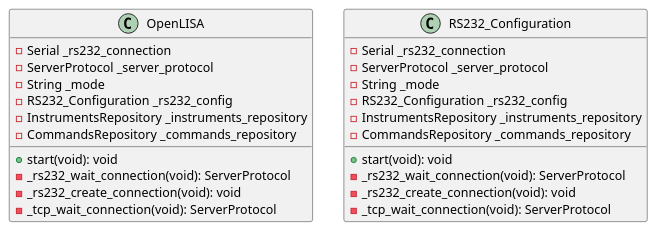
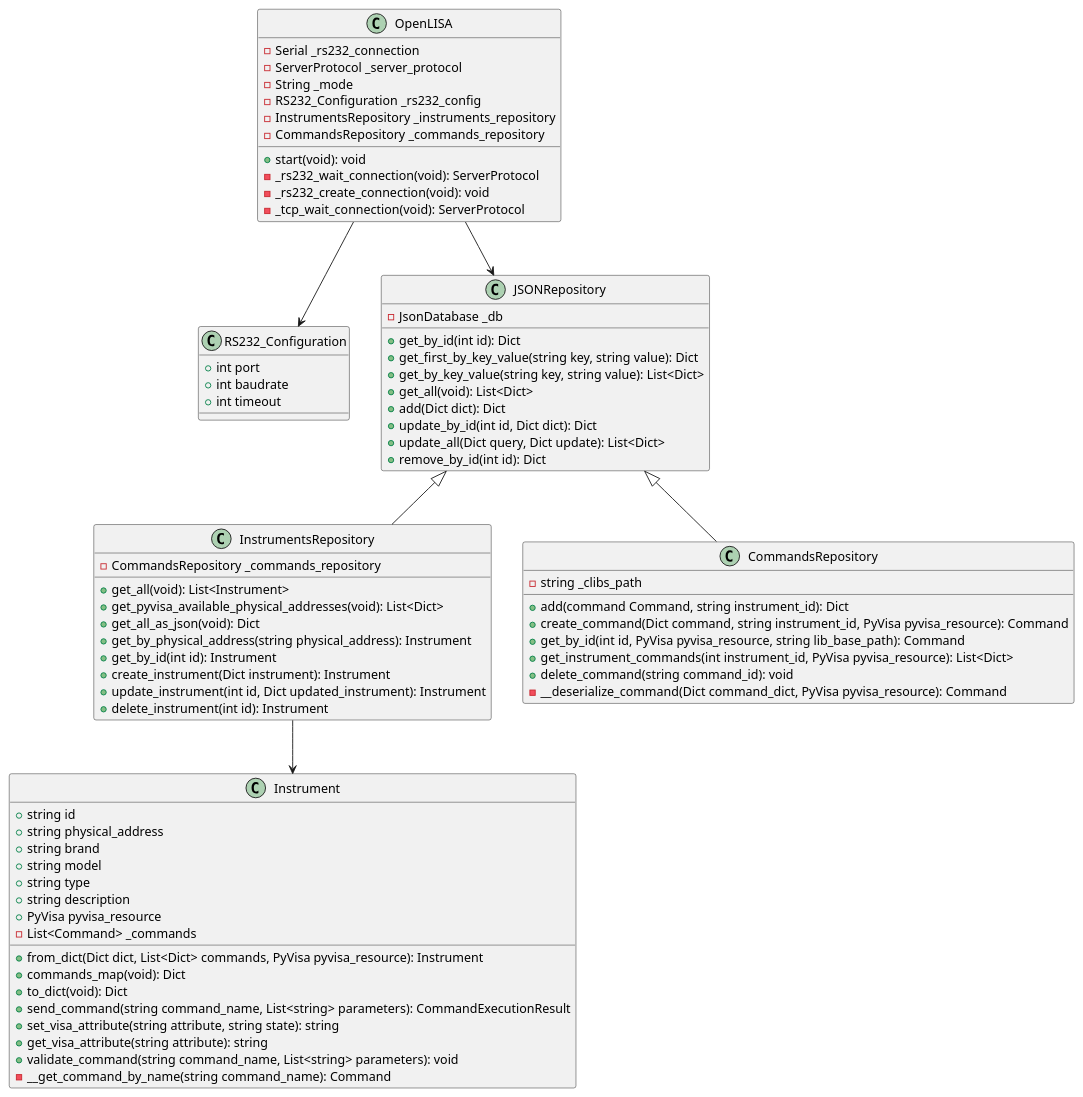
One commit to open-lisa/Open-LISA-Server changed the diagram in docs/diagrams/class_diagram_open_lisa.puml. Above: the diagram before and after it, drawn with PlantUML. The commit also changed 3 other files, not shown here.

Commit message:
finish class diagrams

```diff
--- a/docs/diagrams/class_diagram_open_lisa.puml
+++ b/docs/diagrams/class_diagram_open_lisa.puml
@@ -1,31 +1,86 @@
 @startuml
 
 class OpenLISA {
   - Serial _rs232_connection
   - ServerProtocol _server_protocol
   - String _mode
   - RS232_Configuration _rs232_config
   - InstrumentsRepository _instruments_repository
   - CommandsRepository _commands_repository
 
   + start(void): void
   - _rs232_wait_connection(void): ServerProtocol
   - _rs232_create_connection(void): void
   - _tcp_wait_connection(void): ServerProtocol
 }
 
 class RS232_Configuration {
-  - Serial _rs232_connection
-  - ServerProtocol _server_protocol
-  - String _mode
-  - RS232_Configuration _rs232_config
-  - InstrumentsRepository _instruments_repository
+  + int port
+  + int baudrate
+  + int timeout
+}
+
+class JSONRepository {
+  - JsonDatabase _db
+
+  + get_by_id(int id): Dict
+  + get_first_by_key_value(string key, string value): Dict
+  + get_by_key_value(string key, string value): List<Dict>
+  + get_all(void): List<Dict>
+  + add(Dict dict): Dict
+  + update_by_id(int id, Dict dict): Dict
+  + update_all(Dict query, Dict update): List<Dict>
+  + remove_by_id(int id): Dict
+}
+
+class InstrumentsRepository {
   - CommandsRepository _commands_repository
 
-  + start(void): void
-  - _rs232_wait_connection(void): ServerProtocol
-  - _rs232_create_connection(void): void
-  - _tcp_wait_connection(void): ServerProtocol
+  + get_all(void): List<Instrument>
+  + get_pyvisa_available_physical_addresses(void): List<Dict>
+  + get_all_as_json(void): Dict
+  + get_by_physical_address(string physical_address): Instrument
+  + get_by_id(int id): Instrument
+  + create_instrument(Dict instrument): Instrument
+  + update_instrument(int id, Dict updated_instrument): Instrument
+  + delete_instrument(int id): Instrument
 }
 
+class CommandsRepository {
+  - string _clibs_path
+
+  + add(command Command, string instrument_id): Dict
+  + create_command(Dict command, string instrument_id, PyVisa pyvisa_resource): Command
+  + get_by_id(int id, PyVisa pyvisa_resource, string lib_base_path): Command
+  + get_instrument_commands(int instrument_id, PyVisa pyvisa_resource): List<Dict>
+  + delete_command(string command_id): void
+  - __deserialize_command(Dict command_dict, PyVisa pyvisa_resource): Command
+}
+
+class Instrument {
+  + string id
+  + string physical_address
+  + string brand
+  + string model
+  + string type
+  + string description
+  + PyVisa pyvisa_resource
+  - List<Command> _commands
+
+  + from_dict(Dict dict, List<Dict> commands, PyVisa pyvisa_resource): Instrument
+  + commands_map(void): Dict
+  + to_dict(void): Dict
+  + send_command(string command_name, List<string> parameters): CommandExecutionResult
+  + set_visa_attribute(string attribute, string state): string
+  + get_visa_attribute(string attribute): string
+  + validate_command(string command_name, List<string> parameters): void
+  - __get_command_by_name(string command_name): Command
+}
+
+OpenLISA --> RS232_Configuration
+OpenLISA --> JSONRepository
+InstrumentsRepository --> Instrument
+
+class InstrumentsRepository extends JSONRepository
+class CommandsRepository extends JSONRepository
 @enduml
```
